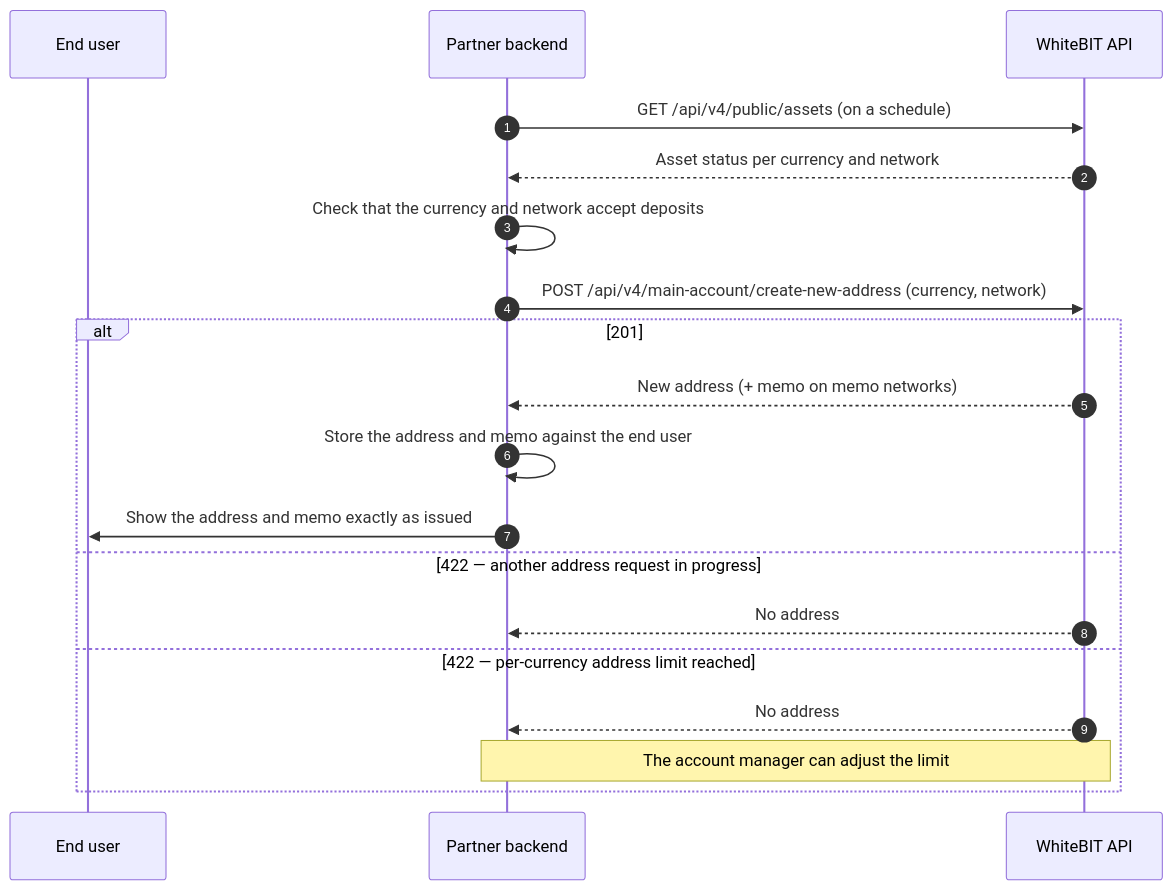
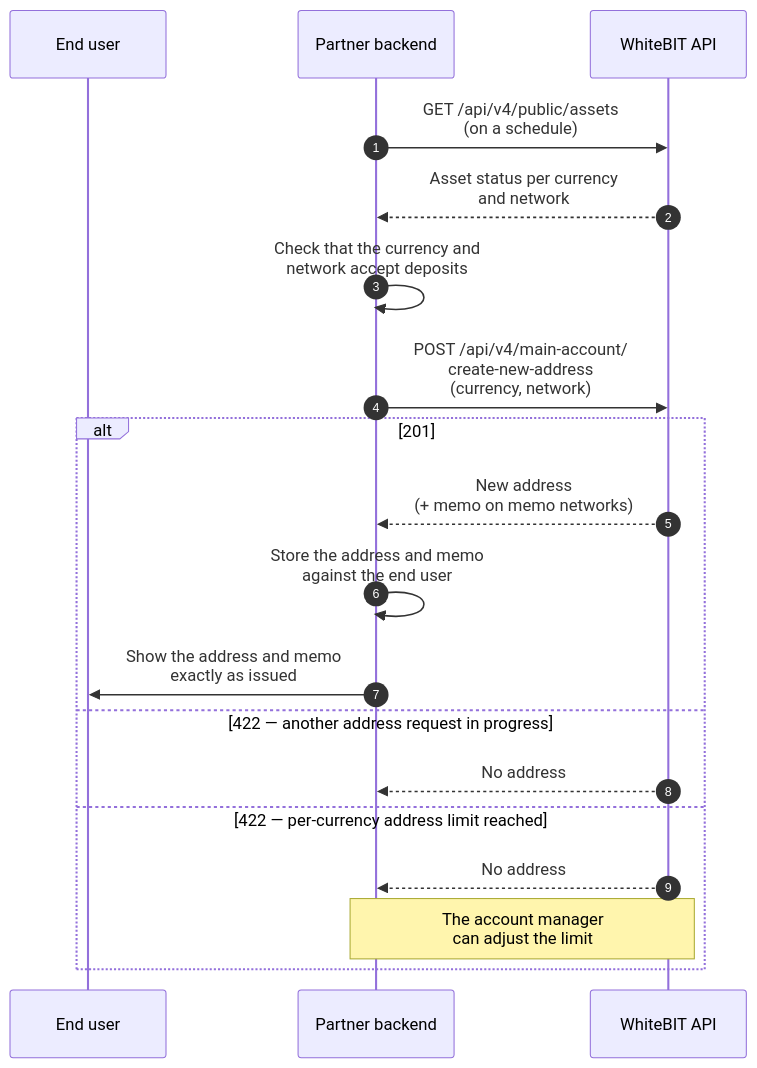
One commit to whitebit-exchange/docs changed the second of 5 diagrams in guides/caas-integration.mdx. Above: the diagram before and after it, drawn with Mermaid. The commit also changed other lines of this file and 4 other files, not shown here.

Commit message:
fix(guide): narrow the branch diagrams to a readable label size

````diff
--- a/guides/caas-integration.mdx
+++ b/guides/caas-integration.mdx
@@ -127,22 +127,22 @@
 ```mermaid
 sequenceDiagram
     autonumber
     participant U as End user
     participant P as Partner backend
     participant W as WhiteBIT API
 
-    P->>W: GET /api/v4/public/assets (on a schedule)
-    W-->>P: Asset status per currency and network
-    P->>P: Check that the currency and network accept deposits
-    P->>W: POST /api/v4/main-account/create-new-address (currency, network)
+    P->>W: GET /api/v4/public/assets<br/>(on a schedule)
+    W-->>P: Asset status per currency<br/>and network
+    P->>P: Check that the currency and<br/>network accept deposits
+    P->>W: POST /api/v4/main-account/<br/>create-new-address<br/>(currency, network)
     alt 201
-        W-->>P: New address (+ memo on memo networks)
-        P->>P: Store the address and memo against the end user
-        P->>U: Show the address and memo exactly as issued
+        W-->>P: New address<br/>(+ memo on memo networks)
+        P->>P: Store the address and memo<br/>against the end user
+        P->>U: Show the address and memo<br/>exactly as issued
     else 422 — another address request in progress
         W-->>P: No address
     else 422 — per-currency address limit reached
         W-->>P: No address
-        Note over P,W: The account manager can adjust the limit
+        Note over P,W: The account manager<br/>can adjust the limit
     end
 ```
````
